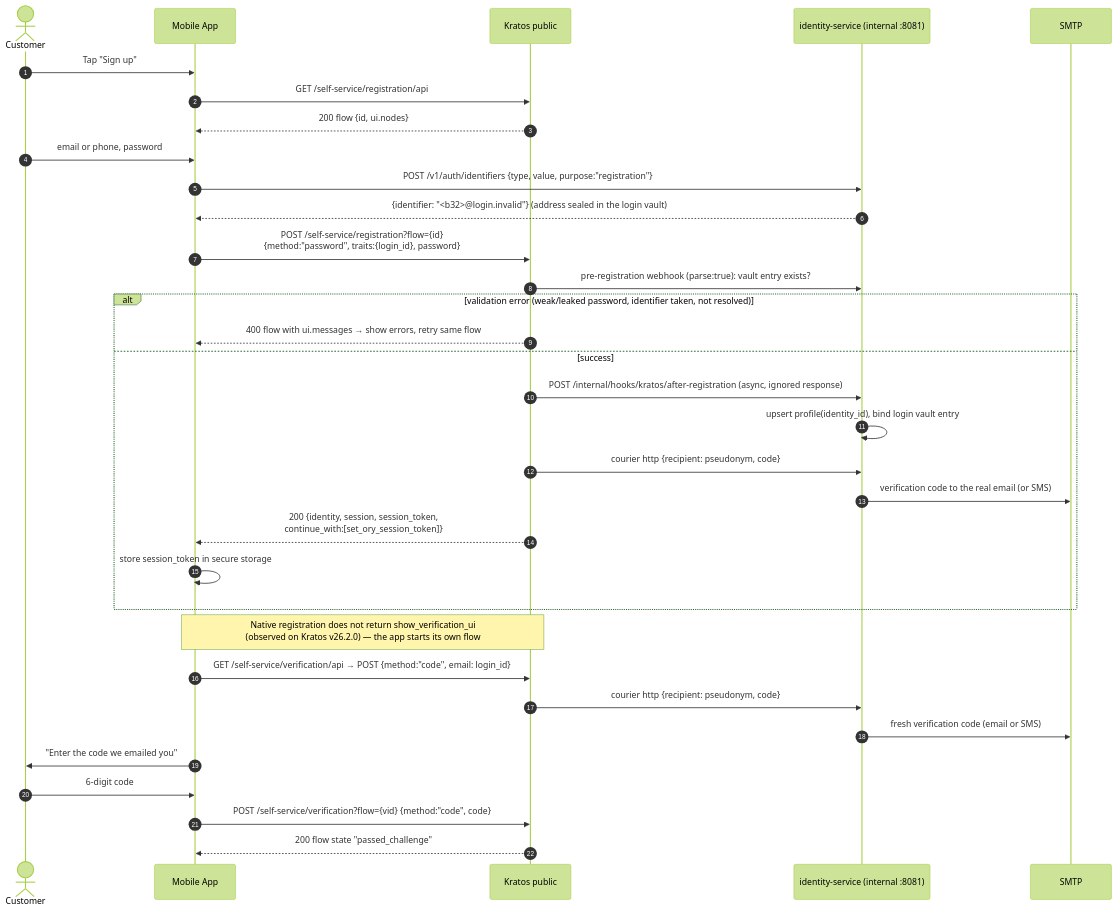
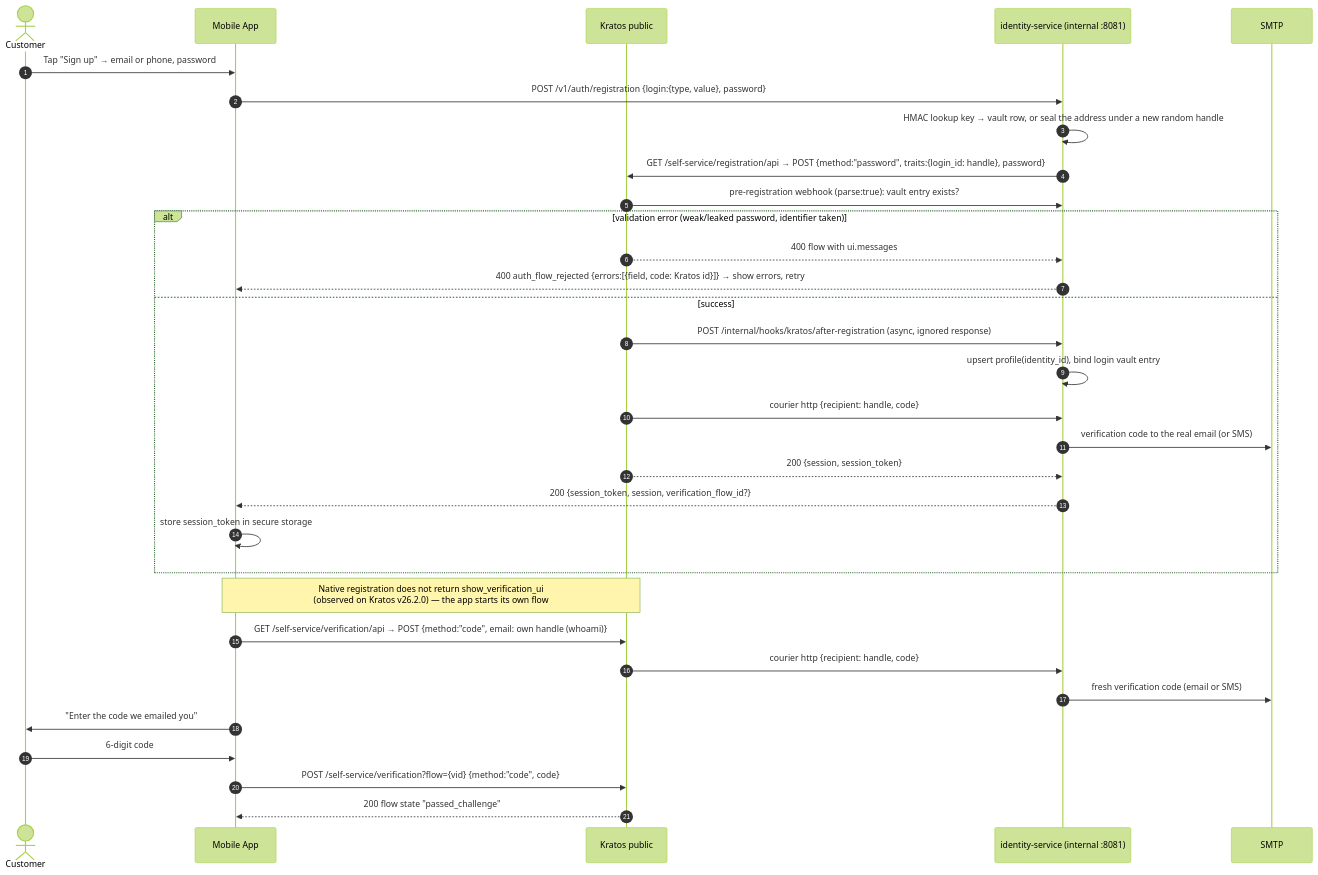
The first of 6 diagrams in docs/architecture/03-auth-flows.md (doitsu2014/go-ory-auth-example), drawn with Mermaid (forest theme) before and after one commit. The commit also changed other lines of this file and 14 other files, not shown here.

````diff
--- a/docs/architecture/03-auth-flows.md
+++ b/docs/architecture/03-auth-flows.md
@@ -31,36 +41,35 @@
 ```mermaid
 sequenceDiagram
   autonumber
   actor U as Customer
   participant A as Mobile App
   participant K as Kratos public
   participant S as identity-service (internal :8081)
   participant M as SMTP
 
-  U->>A: Tap "Sign up"
-  A->>K: GET /self-service/registration/api
-  K-->>A: 200 flow {id, ui.nodes}
-  U->>A: email or phone, password
-  A->>S: POST /v1/auth/identifiers {type, value, purpose:"registration"}
-  S-->>A: {identifier: "<b32>@login.invalid"} (address sealed in the login vault)
-  A->>K: POST /self-service/registration?flow={id}<br/>{method:"password", traits:{login_id}, password}
+  U->>A: Tap "Sign up" → email or phone, password
+  A->>S: POST /v1/auth/registration {login:{type, value}, password}
+  S->>S: HMAC lookup key → vault row, or seal the address under a new random handle
+  S->>K: GET /self-service/registration/api → POST {method:"password", traits:{login_id: handle}, password}
   K->>S: pre-registration webhook (parse:true): vault entry exists?
-  alt validation error (weak/leaked password, identifier taken, not resolved)
-    K-->>A: 400 flow with ui.messages → show errors, retry same flow
+  alt validation error (weak/leaked password, identifier taken)
+    K-->>S: 400 flow with ui.messages
+    S-->>A: 400 auth_flow_rejected {errors:[{field, code: Kratos id}]} → show errors, retry
   else success
     K->>S: POST /internal/hooks/kratos/after-registration (async, ignored response)
     S->>S: upsert profile(identity_id), bind login vault entry
-    K->>S: courier http {recipient: pseudonym, code}
+    K->>S: courier http {recipient: handle, code}
     S->>M: verification code to the real email (or SMS)
-    K-->>A: 200 {identity, session, session_token,<br/>continue_with:[set_ory_session_token]}
+    K-->>S: 200 {session, session_token}
+    S-->>A: 200 {session_token, session, verification_flow_id?}
     A->>A: store session_token in secure storage
   end
   Note over A,K: Native registration does not return show_verification_ui<br/>(observed on Kratos v26.2.0) — the app starts its own flow
-  A->>K: GET /self-service/verification/api → POST {method:"code", email: login_id}
-  K->>S: courier http {recipient: pseudonym, code}
+  A->>K: GET /self-service/verification/api → POST {method:"code", email: own handle (whoami)}
+  K->>S: courier http {recipient: handle, code}
   S->>M: fresh verification code (email or SMS)
   A->>U: "Enter the code we emailed you"
   U->>A: 6-digit code
   A->>K: POST /self-service/verification?flow={vid} {method:"code", code}
   K-->>A: 200 flow state "passed_challenge"
 ```
````
